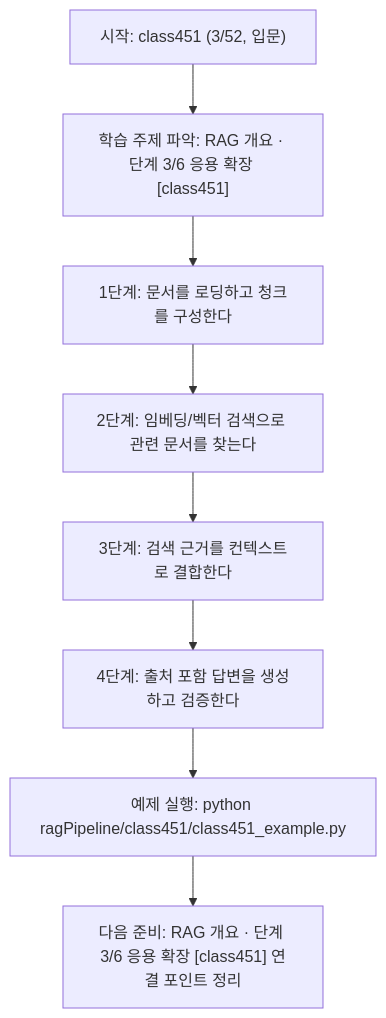
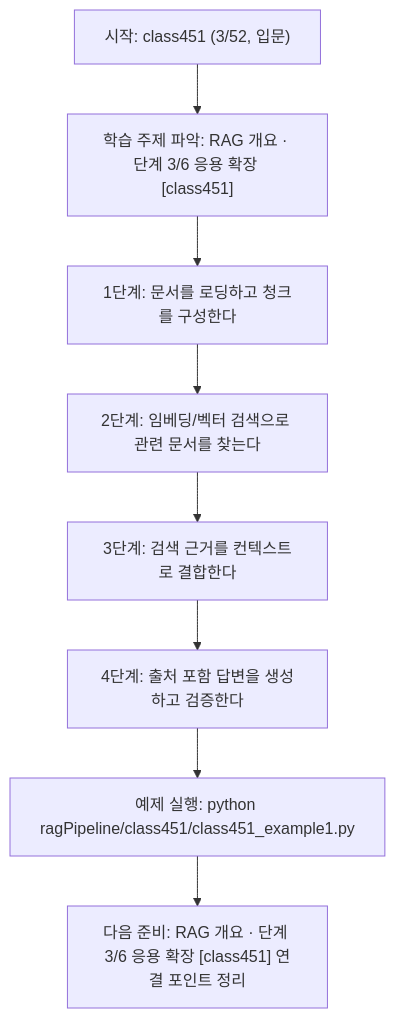
Before and after one commit to edumgt/Python-AI_Agent-Class: the diagram in ragPipeline/class451/class451.md, drawn with Mermaid. The commit also changed other lines of this file and 2959 other files, not shown here.

````diff
--- a/ragPipeline/class451/class451.md
+++ b/ragPipeline/class451/class451.md
@@ -110,18 +110,18 @@
 ```mermaid
 flowchart TD
 N1["시작: class451 (3/52, 입문)"]
 N2["학습 주제 파악: RAG 개요 · 단계 3/6 응용 확장 [class451]"]
 N3["1단계: 문서를 로딩하고 청크를 구성한다"]
 N4["2단계: 임베딩/벡터 검색으로 관련 문서를 찾는다"]
 N5["3단계: 검색 근거를 컨텍스트로 결합한다"]
 N6["4단계: 출처 포함 답변을 생성하고 검증한다"]
-N7["예제 실행: python ragPipeline/class451/class451_example.py"]
+N7["예제 실행: python ragPipeline/class451/class451_example1.py"]
 N8["다음 준비: RAG 개요 · 단계 3/6 응용 확장 [class451] 연결 포인트 정리"]
 N1 --> N2
 N2 --> N3
 N3 --> N4
 N4 --> N5
 N5 --> N6
 N6 --> N7
 N7 --> N8
 ```
````
